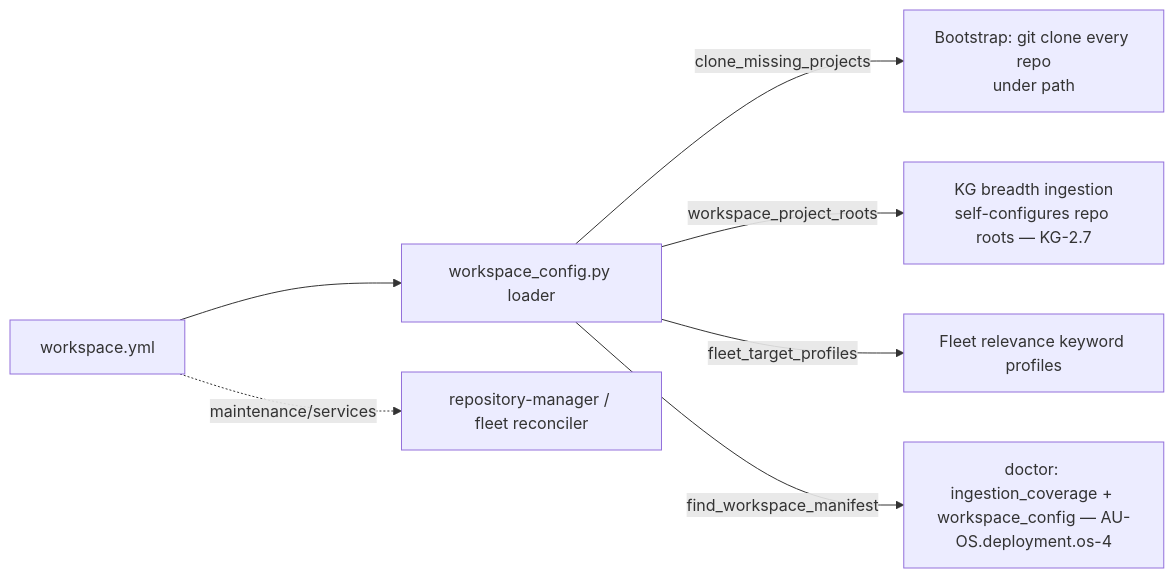
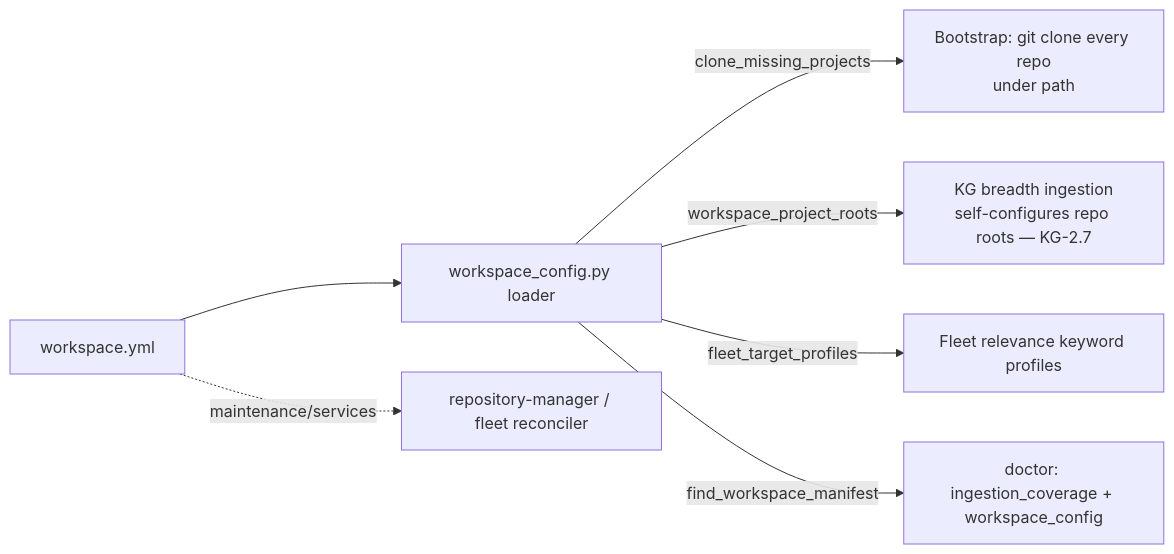
Before and after one commit to Knuckles-Team/agent-utilities: the diagram in docs/guides/workspace-config.md, drawn with Mermaid. The commit also changed other lines of this file and 43 other files, not shown here.

````diff
--- a/docs/guides/workspace-config.md
+++ b/docs/guides/workspace-config.md
@@ -84,9 +84,9 @@
 ```mermaid
 flowchart LR
     YML[workspace.yml] --> L[workspace_config.py loader]
     L -->|clone_missing_projects| BOOT["Bootstrap: git clone every repo<br/>under path"]
     L -->|workspace_project_roots| KG["KG breadth ingestion<br/>self-configures repo roots — KG-2.7"]
     L -->|fleet_target_profiles| REL[Fleet relevance keyword profiles]
-    L -->|find_workspace_manifest| DOC[doctor: ingestion_coverage + workspace_config — AU-OS.deployment.os-4]
+    L -->|find_workspace_manifest| DOC[doctor: ingestion_coverage + workspace_config]
     YML -.maintenance/services.-> EXT[repository-manager / fleet reconciler]
 ```
````
